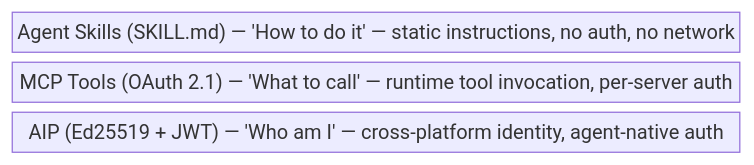
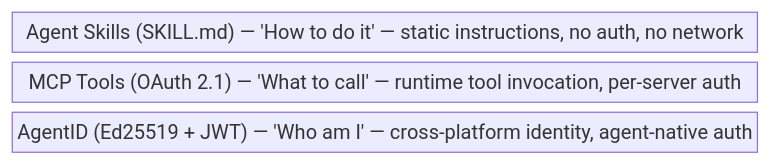
Before and after one commit to agentscope-ai/agent-identity: diagram 13 of 14 in design/2026-03-25-agentid.en.md, drawn with Mermaid. The commit also changed other lines of this file and 10 other files, not shown here.

````diff
--- a/design/2026-03-25-agentid.en.md
+++ b/design/2026-03-25-agentid.en.md
@@ -1584,7 +1584,7 @@
 ```mermaid
 block-beta
     columns 1
     Skills["Agent Skills (SKILL.md) — 'How to do it' — static instructions, no auth, no network"]
     MCP["MCP Tools (OAuth 2.1) — 'What to call' — runtime tool invocation, per-server auth"]
-    AIP["AIP (Ed25519 + JWT) — 'Who am I' — cross-platform identity, agent-native auth"]
+    AgentID["AgentID (Ed25519 + JWT) — 'Who am I' — cross-platform identity, agent-native auth"]
 ```
````
